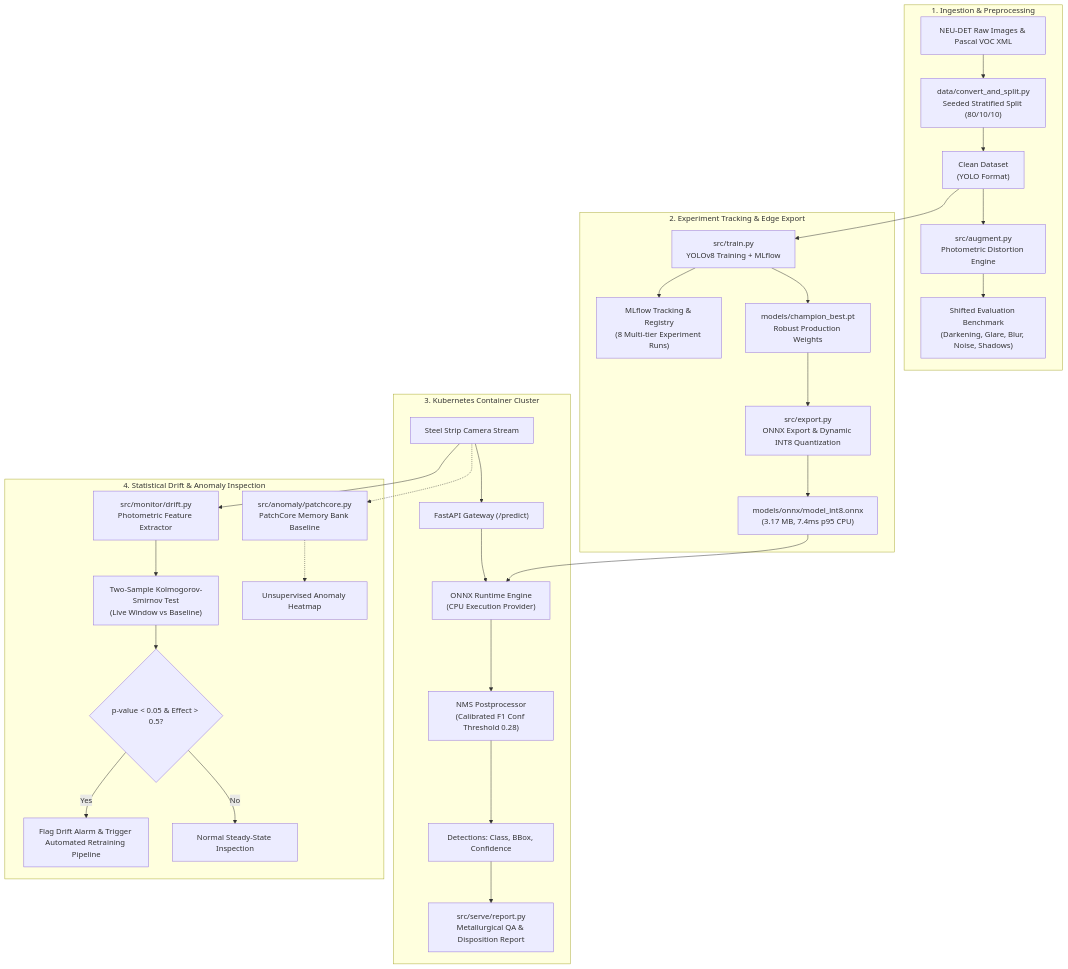
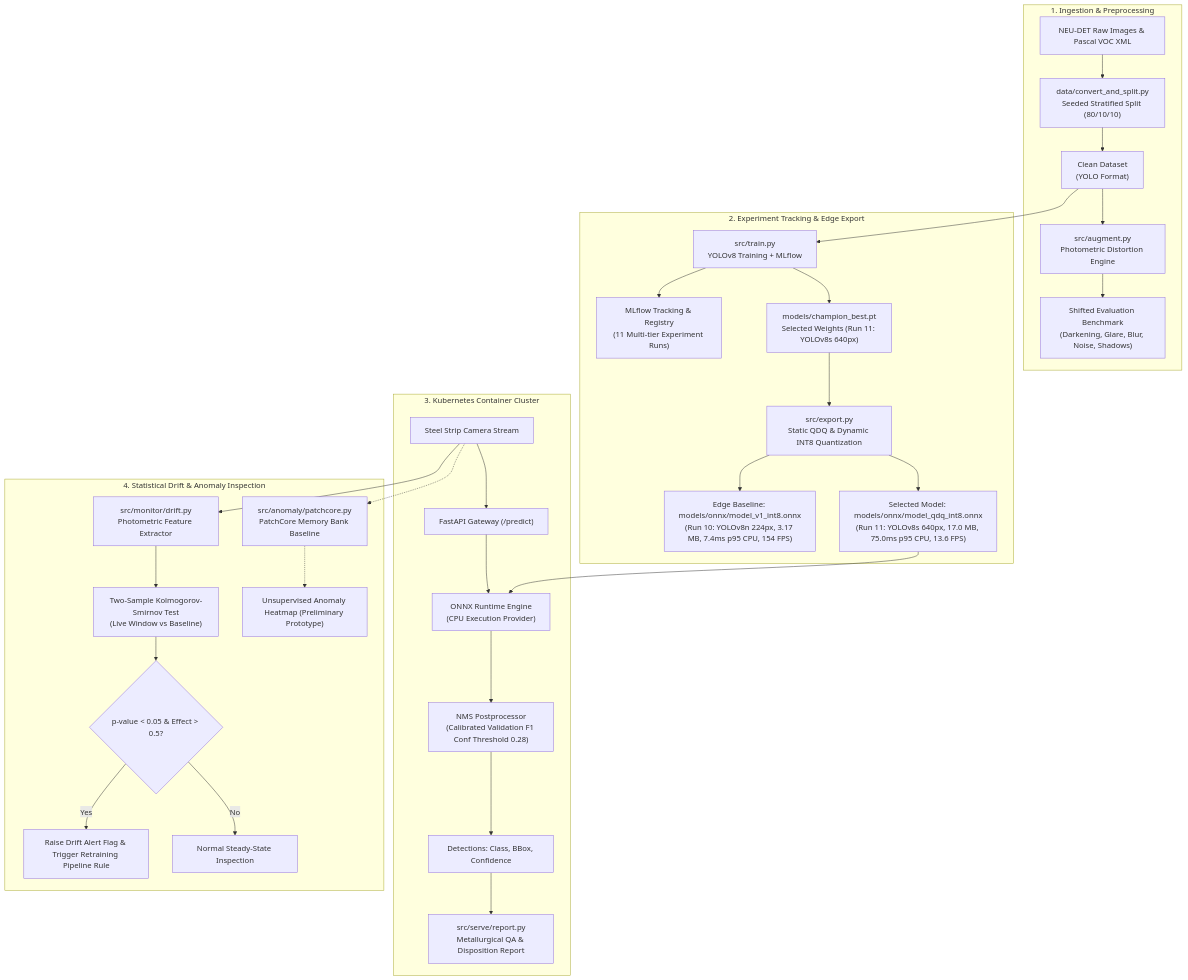
Before and after one commit to ParaDhim/neu-det-defect-inspection-service: the diagram in README.md, drawn with Mermaid. The commit also changed other lines of this file and 9 other files, not shown here.

Commit message:
fix: reconcile conf=0.001 evaluation protocol, confusion matrix counts, and model selection

````diff
--- a/README.md
+++ b/README.md
@@ -44,36 +42,37 @@
 ```mermaid
 flowchart TD
     subgraph Data_Pipeline["1. Ingestion & Preprocessing"]
         A["NEU-DET Raw Images & Pascal VOC XML"] --> B["data/convert_and_split.py\nSeeded Stratified Split (80/10/10)"]
         B --> C["Clean Dataset\n(YOLO Format)"]
         C --> D["src/augment.py\nPhotometric Distortion Engine"]
         D --> E["Shifted Evaluation Benchmark\n(Darkening, Glare, Blur, Noise, Shadows)"]
     end
 
     subgraph Training_Pipeline["2. Experiment Tracking & Edge Export"]
         C --> F["src/train.py\nYOLOv8 Training + MLflow"]
-        F --> G["MLflow Tracking & Registry\n(8 Multi-tier Experiment Runs)"]
-        F --> H["models/champion_best.pt\nRobust Production Weights"]
-        H --> I["src/export.py\nONNX Export & Dynamic INT8 Quantization"]
-        I --> J["models/onnx/model_int8.onnx\n(3.17 MB, 7.4ms p95 CPU)"]
+        F --> G["MLflow Tracking & Registry\n(11 Multi-tier Experiment Runs)"]
+        F --> H["models/champion_best.pt\nSelected Weights (Run 11: YOLOv8s 640px)"]
+        H --> I["src/export.py\nStatic QDQ & Dynamic INT8 Quantization"]
+        I --> J1["Edge Baseline: models/onnx/model_v1_int8.onnx\n(Run 10: YOLOv8n 224px, 3.17 MB, 7.4ms p95 CPU, 154 FPS)"]
+        I --> J2["Selected Model: models/onnx/model_qdq_int8.onnx\n(Run 11: YOLOv8s 640px, 17.0 MB, 75.0ms p95 CPU, 13.6 FPS)"]
     end
 
     subgraph Serving_Cluster["3. Kubernetes Container Cluster"]
         K["Steel Strip Camera Stream"] --> L["FastAPI Gateway (/predict)"]
         L --> M["ONNX Runtime Engine\n(CPU Execution Provider)"]
-        J --> M
-        M --> N["NMS Postprocessor\n(Calibrated F1 Conf Threshold 0.28)"]
+        J2 --> M
+        M --> N["NMS Postprocessor\n(Calibrated Validation F1 Conf Threshold 0.28)"]
         N --> O["Detections: Class, BBox, Confidence"]
         O --> P["src/serve/report.py\nMetallurgical QA & Disposition Report"]
     end
 
     subgraph Monitoring_Engine["4. Statistical Drift & Anomaly Inspection"]
         K --> Q["src/monitor/drift.py\nPhotometric Feature Extractor"]
         Q --> R["Two-Sample Kolmogorov-Smirnov Test\n(Live Window vs Baseline)"]
         R --> S{"p-value < 0.05 & Effect > 0.5?"}
-        S -- Yes --> T["Flag Drift Alarm & Trigger Automated Retraining Pipeline"]
+        S -- Yes --> T["Raise Drift Alert Flag & Trigger Retraining Pipeline Rule"]
         S -- No --> U["Normal Steady-State Inspection"]
         K -.-> V["src/anomaly/patchcore.py\nPatchCore Memory Bank Baseline"]
-        V -.-> W["Unsupervised Anomaly Heatmap"]
+        V -.-> W["Unsupervised Anomaly Heatmap (Preliminary Prototype)"]
     end
 ```
````
